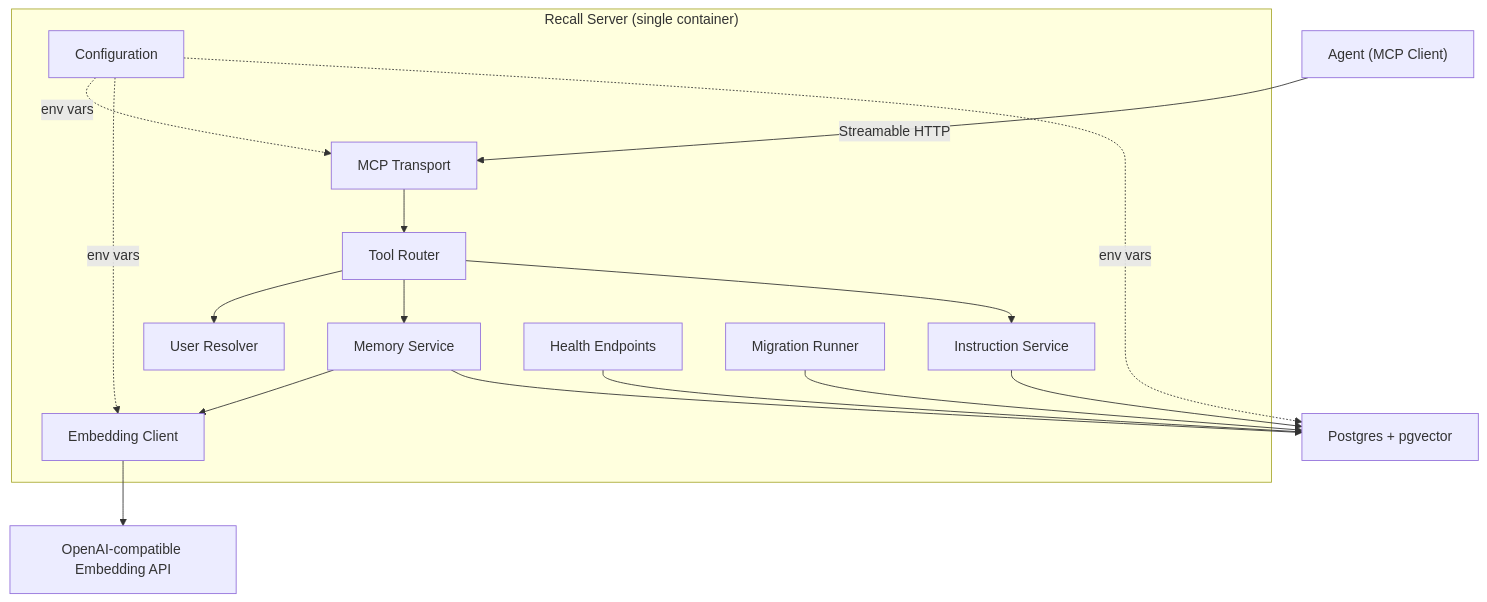
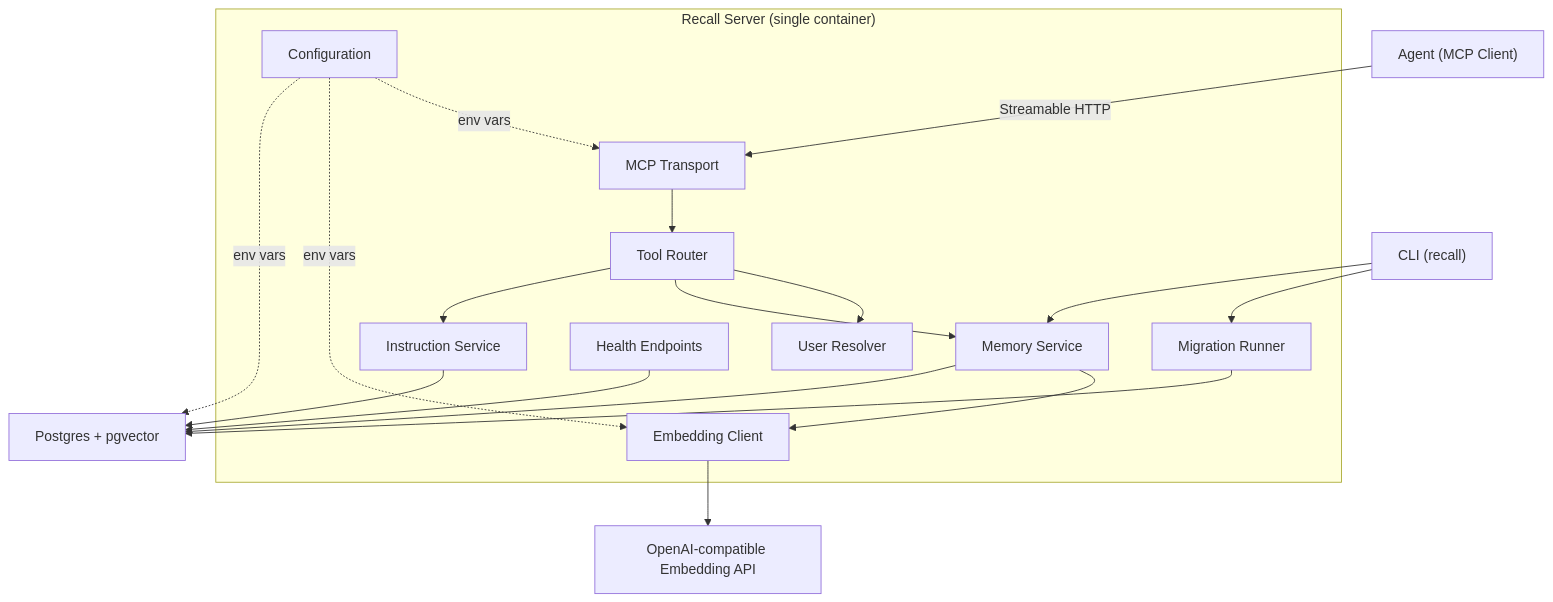
One commit to mironyx/recall changed the first of 6 diagrams in docs/design/v2-design.md. Above: the diagram before and after it, drawn with Mermaid. The commit also changed other lines of this file, not shown here.

````diff
--- a/docs/design/v2-design.md
+++ b/docs/design/v2-design.md
@@ -109,34 +133,37 @@
 ```mermaid
 graph TB
     Agent["Agent (MCP Client)"]
 
     subgraph Recall["Recall Server (single container)"]
         Transport["MCP Transport"]
         ToolRouter["Tool Router"]
         MemoryService["Memory Service"]
         InstructionService["Instruction Service"]
         EmbeddingClient["Embedding Client"]
         UserResolver["User Resolver"]
         Config["Configuration"]
         HealthEndpoints["Health Endpoints"]
         Migrations["Migration Runner"]
     end
 
     Postgres["Postgres + pgvector"]
     EmbeddingAPI["OpenAI-compatible Embedding API"]
+    CLI["CLI (recall)"]
 
     Agent -->|Streamable HTTP| Transport
     Transport --> ToolRouter
     ToolRouter --> UserResolver
     ToolRouter --> MemoryService
     ToolRouter --> InstructionService
     MemoryService --> EmbeddingClient
     MemoryService --> Postgres
     InstructionService --> Postgres
     EmbeddingClient --> EmbeddingAPI
     HealthEndpoints --> Postgres
     Migrations --> Postgres
     Config -.->|env vars| Transport
     Config -.->|env vars| EmbeddingClient
     Config -.->|env vars| Postgres
+    CLI --> Migrations
+    CLI --> MemoryService
 ```
````
